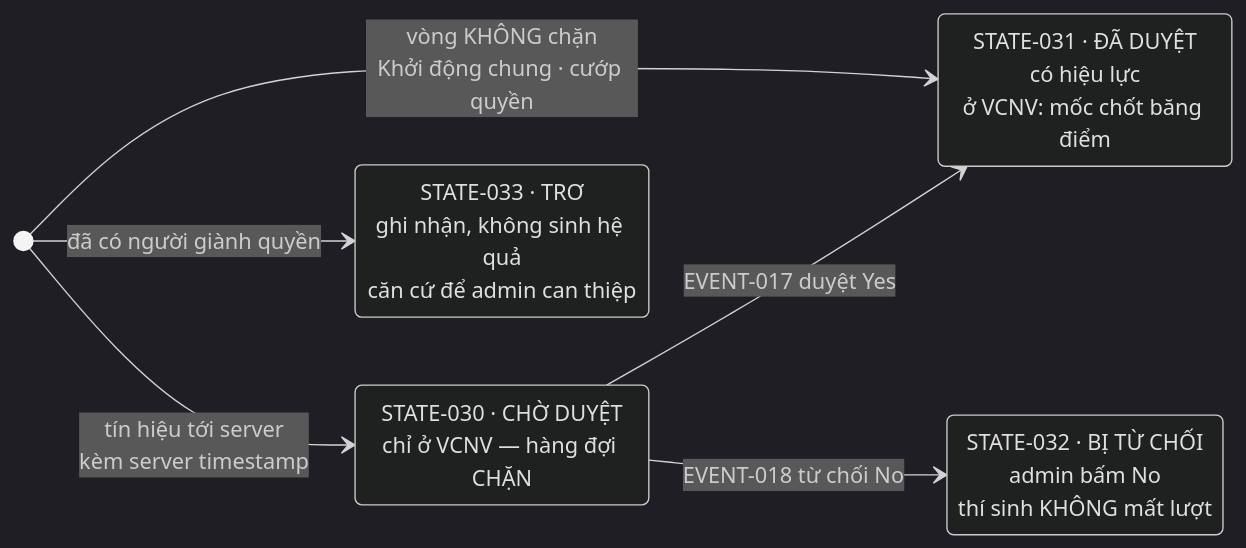
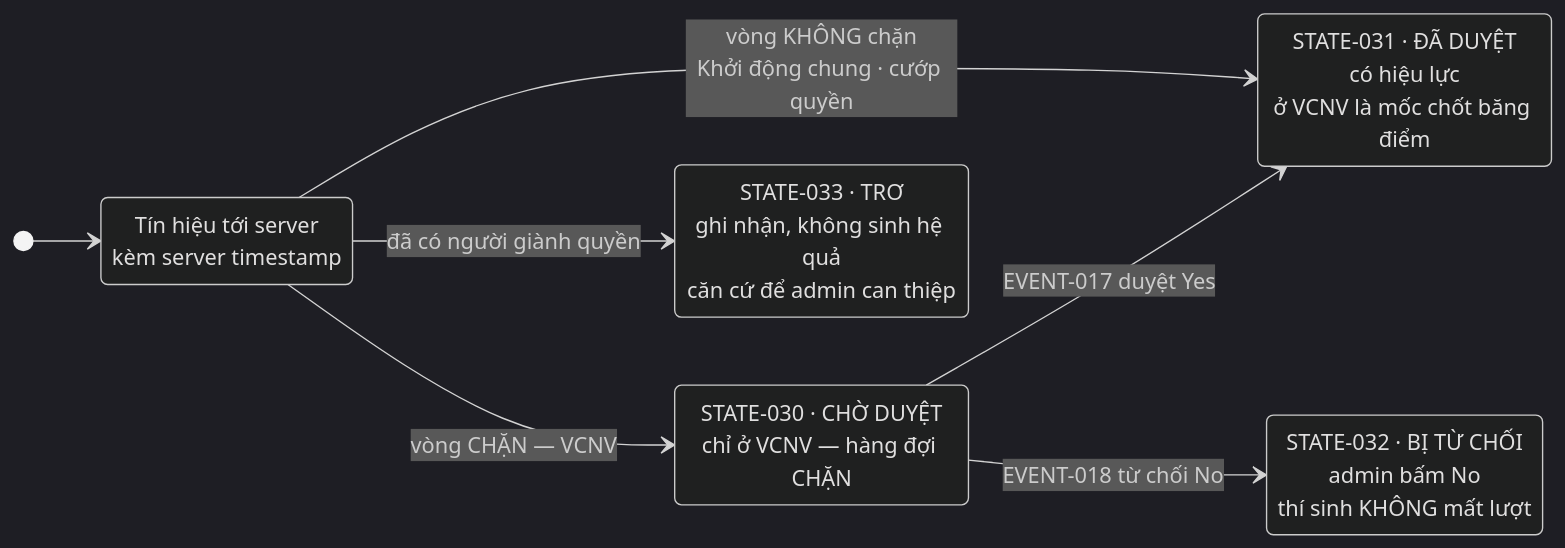
The fifth of 6 diagrams in docs/game-state-machine.md (Noboroto/KnowledgeDome), drawn with Mermaid (dark theme) before and after one commit. The commit also changed other lines of this file, not shown here.

Commit message:
fix(docs): dựng lại Sơ đồ 5 để sửa lỗi render mermaid trên Obsidian
Sơ đồ 5 (Cấp TÍN HIỆU) là sơ đồ duy nhất có BA mũi tên xuất phát từ
[*]; năm sơ đồ còn lại đều chỉ có một điểm khởi đầu. Thay ba mũi tên đó
bằng một node NHAN ("Tín hiệu tới server kèm server timestamp") rồi rẽ
ba nhánh từ đó: vòng CHẶN (VCNV) · vòng KHÔNG chặn · đã có người giành
quyền.

Sửa này cũng đúng về mặt trình bày: ba mũi tên rời khỏi một điểm khởi
đầu vô danh không nói được ba đường ấy khác nhau ở đâu, trong khi chúng
mang ba nghĩa hoàn toàn khác.

Bỏ dấu hai chấm thứ hai trong hai dòng mô tả state (Sơ đồ 5 và Sơ đồ 6)
— mermaid dùng ":" làm dấu phân cách "id : mô tả". Kiểm bằng
mermaid.parse cho thấy bản cũ VẪN parse được, nên đây không phải nguyên
nhân lỗi; giữ lại vì vẫn là cú pháp dễ vỡ giữa các phiên bản.

Đã kiểm: cả 6 sơ đồ parse sạch với mermaid 11. Không dựng được test
render trong Node (jsdom thiếu CSSStyleSheet) nên chưa chứng minh được
bằng chạy thật — cần xác nhận lại trên Obsidian.

````diff
--- a/docs/game-state-machine.md
+++ b/docs/game-state-machine.md
@@ -167,14 +167,16 @@
 ```mermaid
 stateDiagram-v2
   direction LR
-  [*] --> S030: tín hiệu tới server<br/>kèm server timestamp
+  NHAN: Tín hiệu tới server<br/>kèm server timestamp
   S030: STATE-030 · CHỜ DUYỆT<br/>chỉ ở VCNV — hàng đợi CHẶN
-  S031: STATE-031 · ĐÃ DUYỆT<br/>có hiệu lực<br/>ở VCNV: mốc chốt băng điểm
+  S031: STATE-031 · ĐÃ DUYỆT<br/>có hiệu lực<br/>ở VCNV là mốc chốt băng điểm
   S032: STATE-032 · BỊ TỪ CHỐI<br/>admin bấm No<br/>thí sinh KHÔNG mất lượt
   S033: STATE-033 · TRƠ<br/>ghi nhận, không sinh hệ quả<br/>căn cứ để admin can thiệp
 
+  [*] --> NHAN
+  NHAN --> S030: vòng CHẶN — VCNV
+  NHAN --> S031: vòng KHÔNG chặn<br/>Khởi động chung · cướp quyền
+  NHAN --> S033: đã có người giành quyền
   S030 --> S031: EVENT-017 duyệt Yes
   S030 --> S032: EVENT-018 từ chối No
-  [*] --> S031: vòng KHÔNG chặn<br/>Khởi động chung · cướp quyền
-  [*] --> S033: đã có người giành quyền
 ```
````
